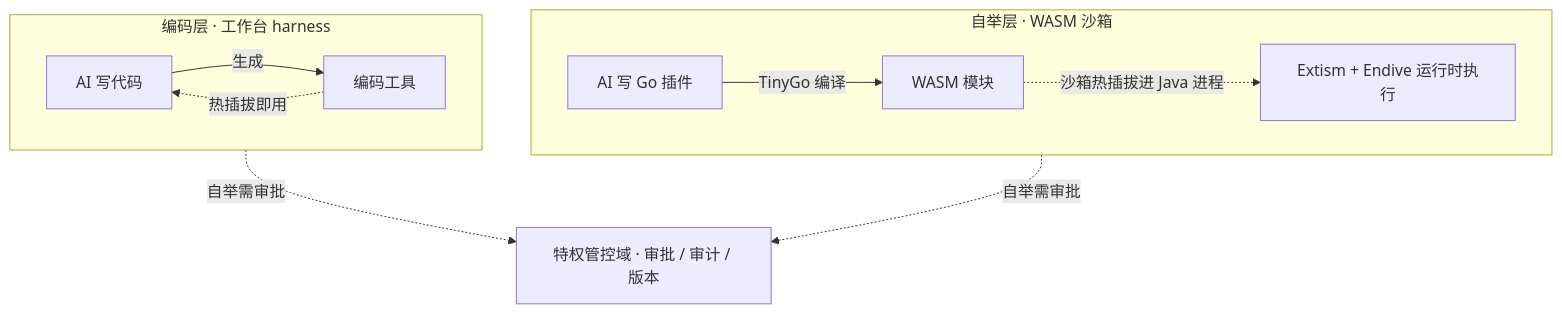
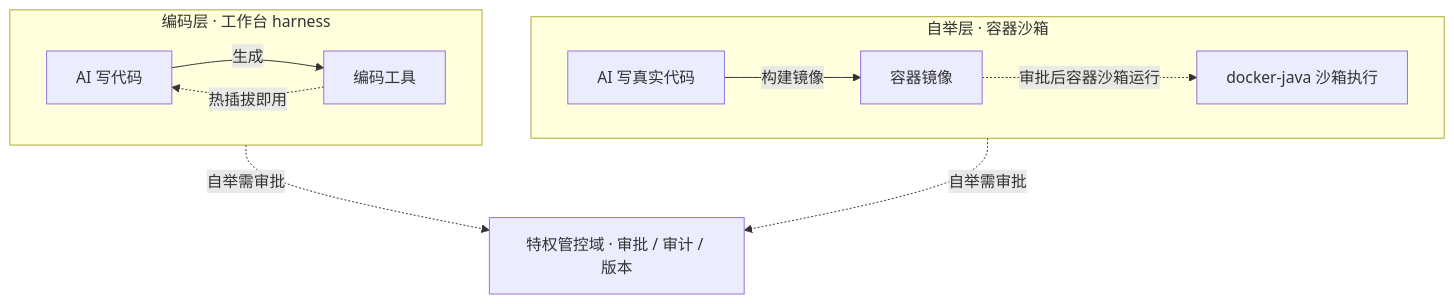
One commit to CanWeakerWriteStrongCode/DolphinMind changed the sixth of 6 diagrams in docs/original-2026-paradigm.md. Above: the diagram before and after it, drawn with Mermaid. The commit also changed other lines of this file and 5 other files, not shown here.

````diff
--- a/docs/original-2026-paradigm.md
+++ b/docs/original-2026-paradigm.md
@@ -546,18 +546,18 @@
 ```mermaid
 flowchart TD
     subgraph C1[编码层 · 工作台 harness]
         direction LR
         A1[AI 写代码] -->|生成| H[编码工具]
         H -. 热插拔即用 .-> A1
     end
 
-    subgraph C2[自举层 · WASM 沙箱]
+    subgraph C2[自举层 · 容器沙箱]
         direction LR
-        A2[AI 写 Go 插件] -->|TinyGo 编译| W[WASM 模块]
-        W -. 沙箱热插拔进 Java 进程 .-> R[Extism + Endive 运行时执行]
+        A2[AI 写真实代码] -->|构建镜像| W[容器镜像]
+        W -. 审批后容器沙箱运行 .-> R[docker-java 沙箱执行]
     end
 
     GOV[特权管控域 · 审批 / 审计 / 版本]
     C1 -. 自举需审批 .-> GOV
     C2 -. 自举需审批 .-> GOV
 ```
````
